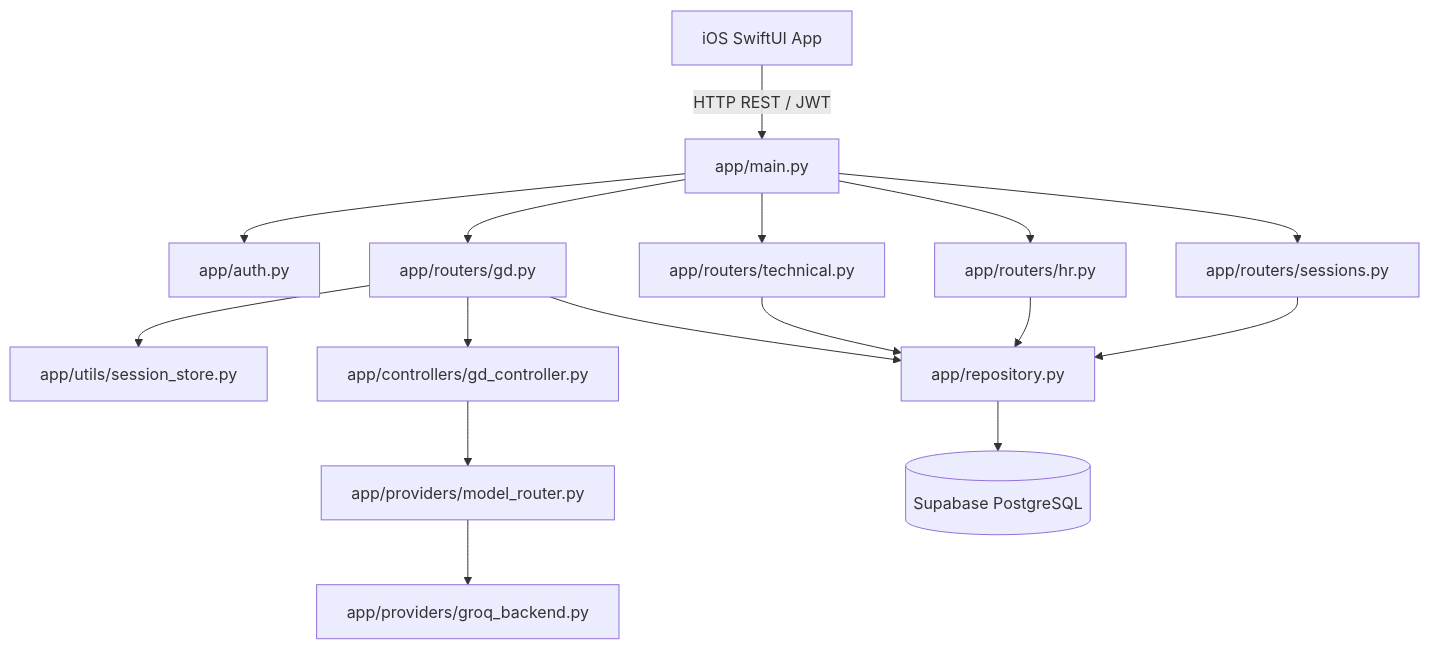
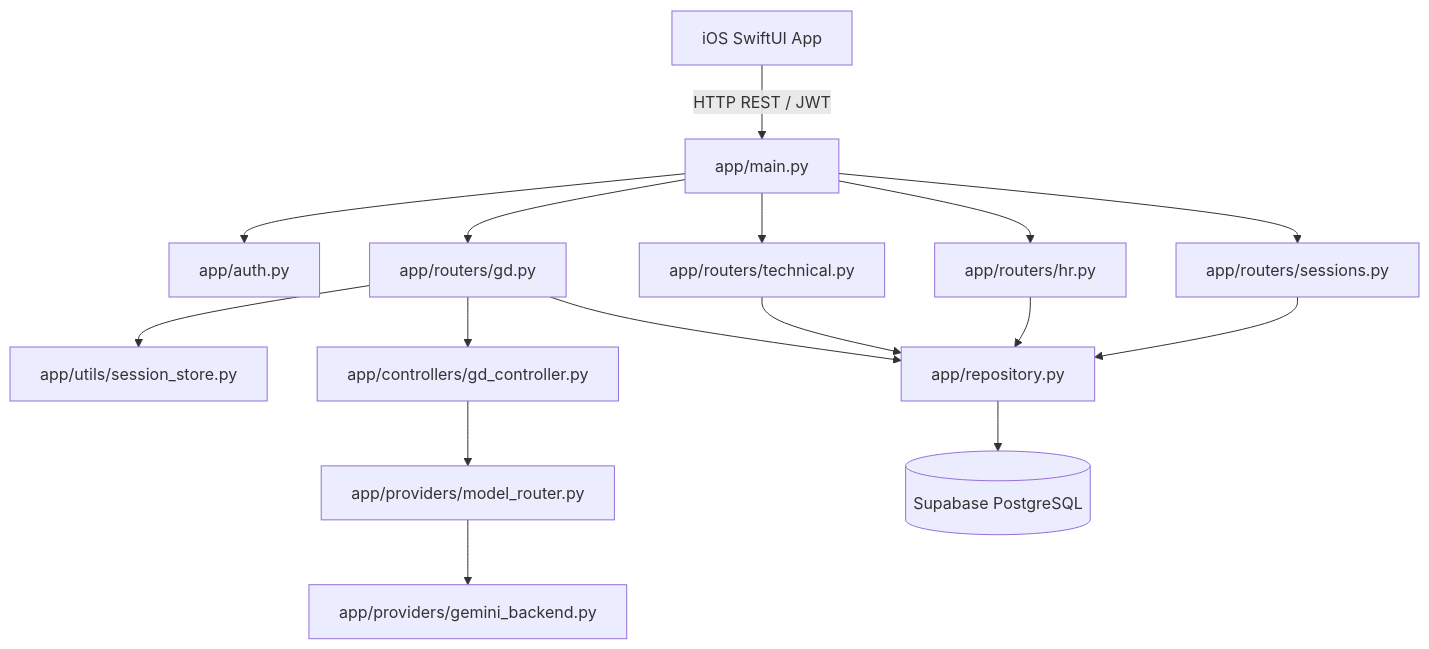
Before and after one commit to sunandanpuri0987/Mockexa: the second of 3 diagrams in MOCKEXA_CURRENT_PROJECT.md, drawn with Mermaid. The commit also changed other lines of this file and 210 other files, not shown here.

````diff
--- a/MOCKEXA_CURRENT_PROJECT.md
+++ b/MOCKEXA_CURRENT_PROJECT.md
@@ -96,22 +101,22 @@
 ```mermaid
 graph TD
     iOSClient[iOS SwiftUI App] -->|HTTP REST / JWT| FastAPIApp[app/main.py]
     FastAPIApp --> AuthMiddleware[app/auth.py]
     
     FastAPIApp --> GDRouter[app/routers/gd.py]
     FastAPIApp --> TechRouter[app/routers/technical.py]
     FastAPIApp --> HRRouter[app/routers/hr.py]
     FastAPIApp --> SessionRouter[app/routers/sessions.py]
     
     GDRouter --> SessionLocks[app/utils/session_store.py]
     GDRouter --> GDController[app/controllers/gd_controller.py]
     GDController --> ModelRouter[app/providers/model_router.py]
-    ModelRouter --> GroqBackend[app/providers/groq_backend.py]
+    ModelRouter --> GeminiBackend[app/providers/gemini_backend.py]
     
     GDRouter --> SupaRepo[app/repository.py]
     TechRouter --> SupaRepo
     HRRouter --> SupaRepo
     SessionRouter --> SupaRepo
     
     SupaRepo --> SupabaseDB[(Supabase PostgreSQL)]
 ```
````
